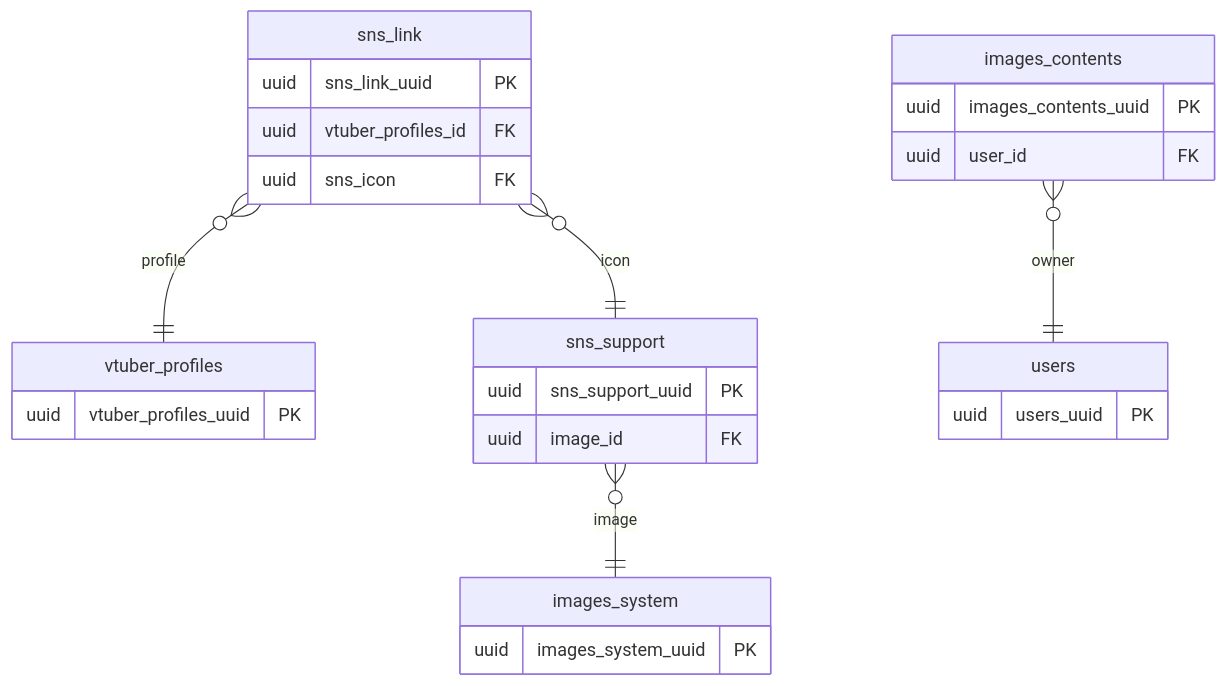
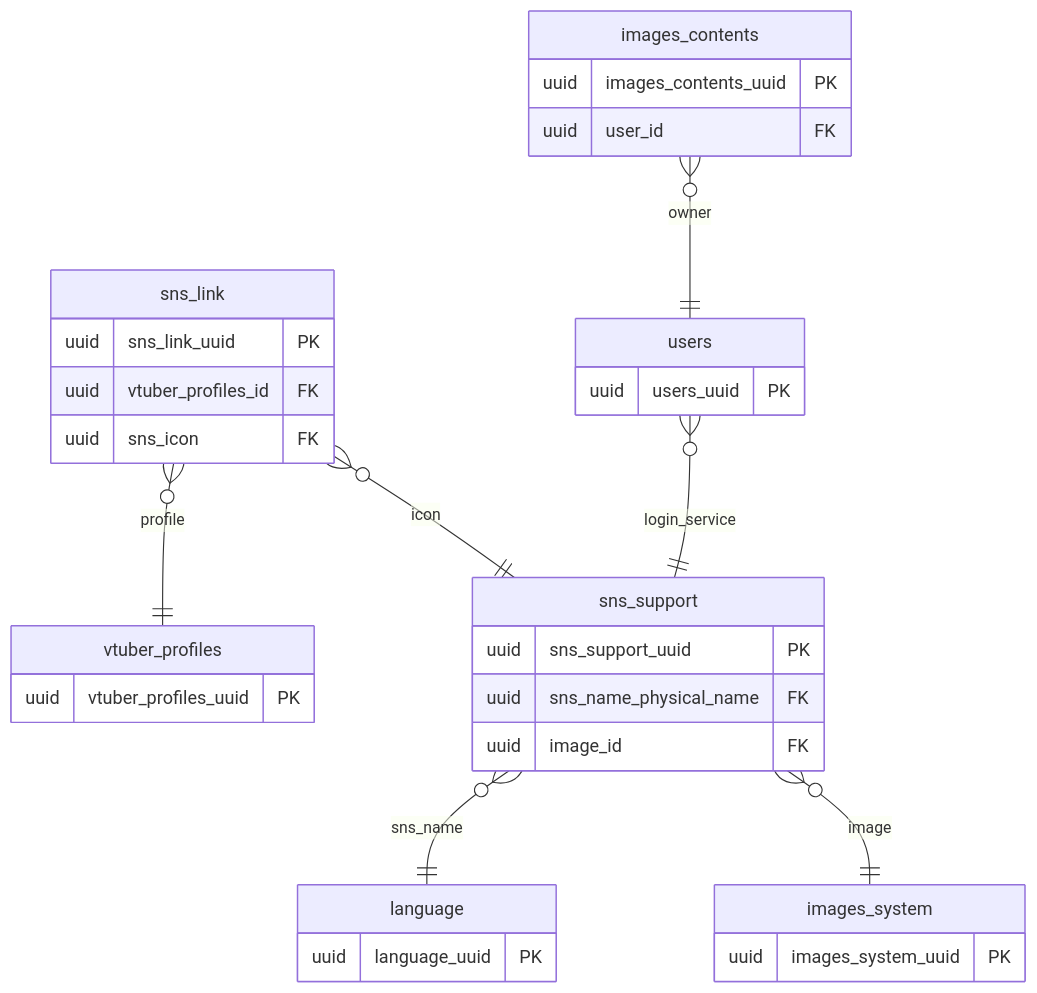
Before and after one commit to Soranoana/VtuberMeikan: the third of 5 diagrams in .design/DB/DB設計ER図.md, drawn with Mermaid. The commit also changed 2 other files, not shown here.

Commit message:
エクセルで一部定義修整。合わせて、mdを修正

````diff
--- a/.design/DB/DB設計ER図.md
+++ b/.design/DB/DB設計ER図.md
@@ -105,32 +105,38 @@
 ```mermaid
 erDiagram
     vtuber_profiles {
         uuid vtuber_profiles_uuid PK
     }
     users {
         uuid users_uuid PK
     }
     sns_link {
         uuid sns_link_uuid PK
         uuid vtuber_profiles_id FK
         uuid sns_icon FK
     }
     sns_support {
         uuid sns_support_uuid PK
+        uuid sns_name_physical_name FK
         uuid image_id FK
+    }
+    language {
+        uuid language_uuid PK
     }
     images_contents {
         uuid images_contents_uuid PK
         uuid user_id FK
     }
     images_system {
         uuid images_system_uuid PK
     }
 
     sns_link }o--|| vtuber_profiles : profile
     sns_link }o--|| sns_support : icon
 
+    sns_support }o--|| language : sns_name
     sns_support }o--|| images_system : image
+    users }o--|| sns_support : login_service
 
     images_contents }o--|| users : owner
 ```
````
